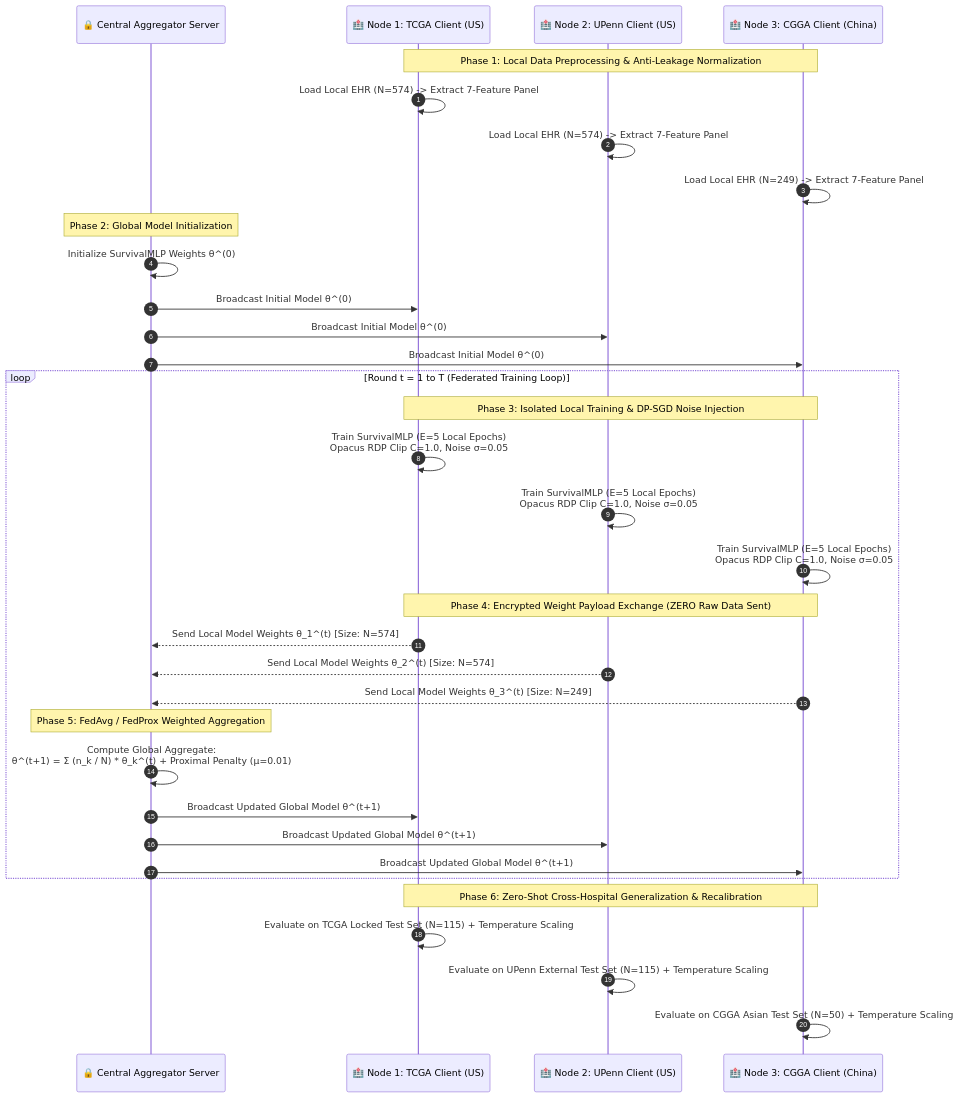
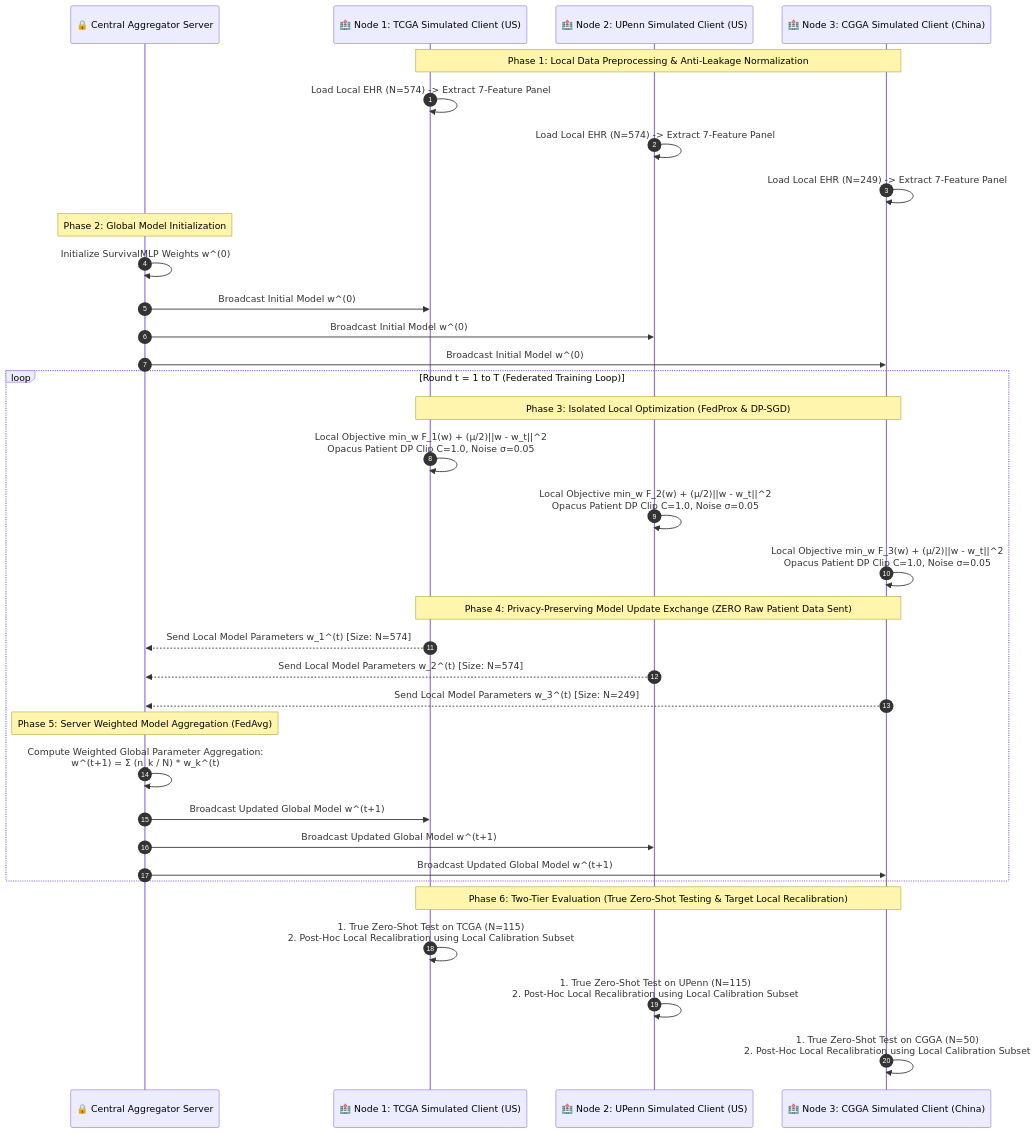
One commit to Nisarg0403/FED_GBM changed the diagram in docs/reports/FED_GBM_V3_PROJECT_SUMMARY.md. Above: the diagram before and after it, drawn with Mermaid. The commit also changed other lines of this file and 247 other files, not shown here.

Commit message:
feat(architecture): restructure repository to research-grade standards with privacy protections

````diff
--- a/docs/reports/FED_GBM_V3_PROJECT_SUMMARY.md
+++ b/docs/reports/FED_GBM_V3_PROJECT_SUMMARY.md
@@ -49,43 +56,43 @@
 ```mermaid
 sequenceDiagram
     autonumber
     participant CentralAggregator as 🔒 Central Aggregator Server
-    participant Node1 as 🏥 Node 1: TCGA Client (US)
-    participant Node2 as 🏥 Node 2: UPenn Client (US)
-    participant Node3 as 🏥 Node 3: CGGA Client (China)
+    participant Node1 as 🏥 Node 1: TCGA Simulated Client (US)
+    participant Node2 as 🏥 Node 2: UPenn Simulated Client (US)
+    participant Node3 as 🏥 Node 3: CGGA Simulated Client (China)
 
     Note over Node1,Node3: Phase 1: Local Data Preprocessing & Anti-Leakage Normalization
     Node1->>Node1: Load Local EHR (N=574) -> Extract 7-Feature Panel
     Node2->>Node2: Load Local EHR (N=574) -> Extract 7-Feature Panel
     Node3->>Node3: Load Local EHR (N=249) -> Extract 7-Feature Panel
 
     Note over CentralAggregator: Phase 2: Global Model Initialization
-    CentralAggregator->>CentralAggregator: Initialize SurvivalMLP Weights θ^(0)
-    CentralAggregator->>Node1: Broadcast Initial Model θ^(0)
-    CentralAggregator->>Node2: Broadcast Initial Model θ^(0)
-    CentralAggregator->>Node3: Broadcast Initial Model θ^(0)
+    CentralAggregator->>CentralAggregator: Initialize SurvivalMLP Weights w^(0)
+    CentralAggregator->>Node1: Broadcast Initial Model w^(0)
+    CentralAggregator->>Node2: Broadcast Initial Model w^(0)
+    CentralAggregator->>Node3: Broadcast Initial Model w^(0)
 
     loop Round t = 1 to T (Federated Training Loop)
-        Note over Node1,Node3: Phase 3: Isolated Local Training & DP-SGD Noise Injection
-        Node1->>Node1: Train SurvivalMLP (E=5 Local Epochs)<br/>Opacus RDP Clip C=1.0, Noise σ=0.05
-        Node2->>Node2: Train SurvivalMLP (E=5 Local Epochs)<br/>Opacus RDP Clip C=1.0, Noise σ=0.05
-        Node3->>Node3: Train SurvivalMLP (E=5 Local Epochs)<br/>Opacus RDP Clip C=1.0, Noise σ=0.05
+        Note over Node1,Node3: Phase 3: Isolated Local Optimization (FedProx & DP-SGD)
+        Node1->>Node1: Local Objective min_w F_1(w) + (μ/2)||w - w_t||^2<br/>Opacus Patient DP Clip C=1.0, Noise σ=0.05
+        Node2->>Node2: Local Objective min_w F_2(w) + (μ/2)||w - w_t||^2<br/>Opacus Patient DP Clip C=1.0, Noise σ=0.05
+        Node3->>Node3: Local Objective min_w F_3(w) + (μ/2)||w - w_t||^2<br/>Opacus Patient DP Clip C=1.0, Noise σ=0.05
 
-        Note over Node1,Node3: Phase 4: Encrypted Weight Payload Exchange (ZERO Raw Data Sent)
-        Node1-->>CentralAggregator: Send Local Model Weights θ_1^(t) [Size: N=574]
-        Node2-->>CentralAggregator: Send Local Model Weights θ_2^(t) [Size: N=574]
-        Node3-->>CentralAggregator: Send Local Model Weights θ_3^(t) [Size: N=249]
+        Note over Node1,Node3: Phase 4: Privacy-Preserving Model Update Exchange (ZERO Raw Patient Data Sent)
+        Node1-->>CentralAggregator: Send Local Model Parameters w_1^(t) [Size: N=574]
+        Node2-->>CentralAggregator: Send Local Model Parameters w_2^(t) [Size: N=574]
+        Node3-->>CentralAggregator: Send Local Model Parameters w_3^(t) [Size: N=249]
 
-        Note over CentralAggregator: Phase 5: FedAvg / FedProx Weighted Aggregation
-        CentralAggregator->>CentralAggregator: Compute Global Aggregate:<br/>θ^(t+1) = Σ (n_k / N) * θ_k^(t) + Proximal Penalty (μ=0.01)
+        Note over CentralAggregator: Phase 5: Server Weighted Model Aggregation (FedAvg)
+        CentralAggregator->>CentralAggregator: Compute Weighted Global Parameter Aggregation:<br/>w^(t+1) = Σ (n_k / N) * w_k^(t)
 
-        CentralAggregator->>Node1: Broadcast Updated Global Model θ^(t+1)
-        CentralAggregator->>Node2: Broadcast Updated Global Model θ^(t+1)
-        CentralAggregator->>Node3: Broadcast Updated Global Model θ^(t+1)
+        CentralAggregator->>Node1: Broadcast Updated Global Model w^(t+1)
+        CentralAggregator->>Node2: Broadcast Updated Global Model w^(t+1)
+        CentralAggregator->>Node3: Broadcast Updated Global Model w^(t+1)
     end
 
-    Note over Node1,Node3: Phase 6: Zero-Shot Cross-Hospital Generalization & Recalibration
-    Node1->>Node1: Evaluate on TCGA Locked Test Set (N=115) + Temperature Scaling
-    Node2->>Node2: Evaluate on UPenn External Test Set (N=115) + Temperature Scaling
-    Node3->>Node3: Evaluate on CGGA Asian Test Set (N=50) + Temperature Scaling
+    Note over Node1,Node3: Phase 6: Two-Tier Evaluation (True Zero-Shot Testing & Target Local Recalibration)
+    Node1->>Node1: 1. True Zero-Shot Test on TCGA (N=115)<br/>2. Post-Hoc Local Recalibration using Local Calibration Subset
+    Node2->>Node2: 1. True Zero-Shot Test on UPenn (N=115)<br/>2. Post-Hoc Local Recalibration using Local Calibration Subset
+    Node3->>Node3: 1. True Zero-Shot Test on CGGA (N=50)<br/>2. Post-Hoc Local Recalibration using Local Calibration Subset
 ```
````
